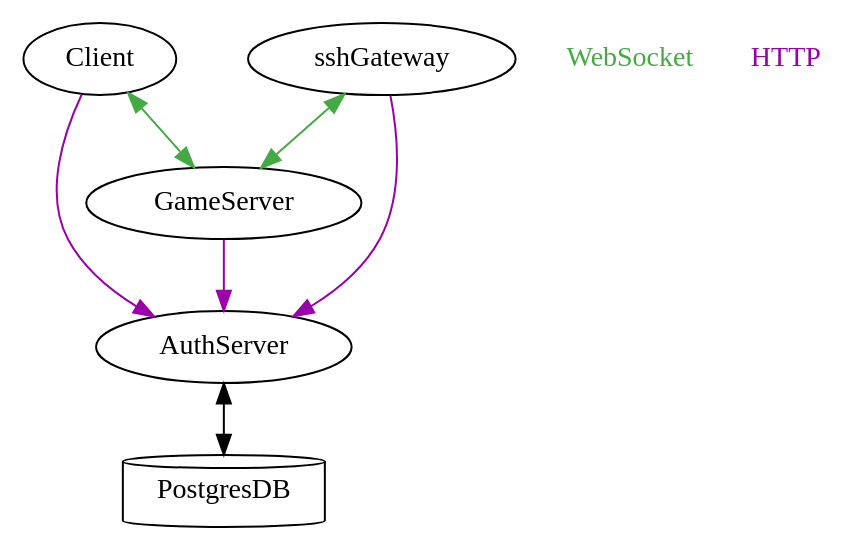
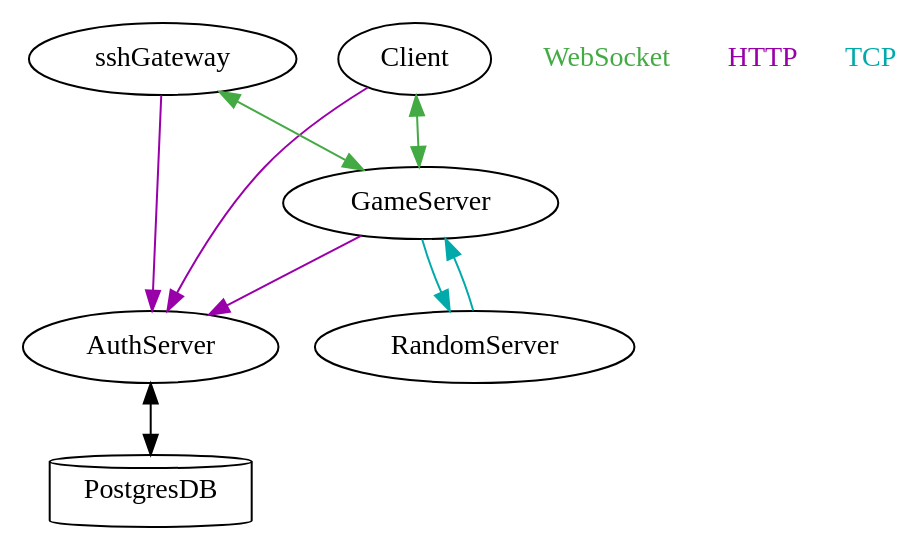
The diagram in system.dot (cgsdev0/rollycubes), drawn with Graphviz before and after one commit.

Commit message:
add random server to system graph

```diff
--- a/system.dot
+++ b/system.dot
@@ -1,11 +1,14 @@
 digraph {
   GameServer -> AuthServer [color="#9900aa"]
+  GameServer -> RandomServer [color="#00aaaa"]
+  RandomServer -> GameServer [color="#00aaaa"]
   Client -> GameServer [dir="both", color="#44aa44"] 
   Client -> AuthServer [color="#9900aa"]
   PostgresDB [shape="cylinder"]
   AuthServer -> PostgresDB [dir="both"]
   WebSocket [fontcolor="#44aa44", shape=plain]
   HTTP [fontcolor="#9900aa", shape=plain]
+  TCP [fontcolor="#00aaaa", shape=plain]
   sshGateway -> GameServer [dir="both", color="#44aa44"]
   sshGateway -> AuthServer [color="#9900aa"]
 }
```
